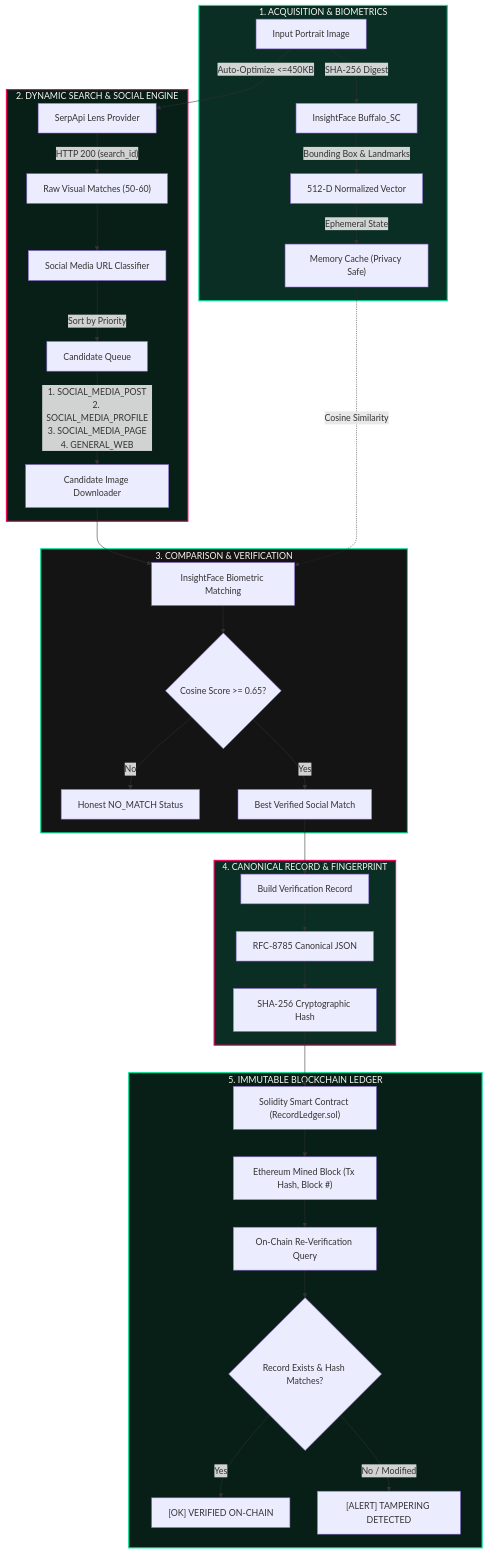
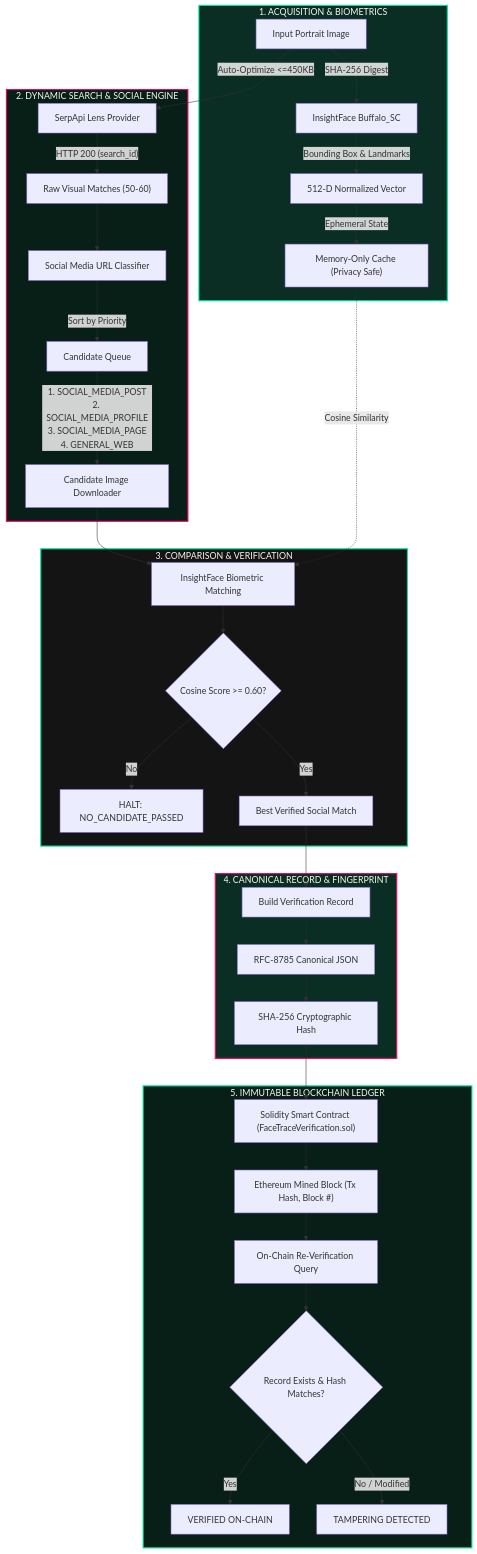
The diagram in README.md (UltraV1be/FaceTrace-Ledger), drawn with Mermaid before and after one commit. The commit also changed other lines of this file, not shown here.

Commit message:
docs: update README with overhauled architecture, 7-stage pipeline details, and refined security specifications

````diff
--- a/README.md
+++ b/README.md
@@ -68,45 +75,45 @@
 ```mermaid
 flowchart TD
     subgraph S1["1. ACQUISITION & BIOMETRICS"]
         A["Input Portrait Image"] -->|"SHA-256 Digest"| B["InsightFace Buffalo_SC"]
         B -->|"Bounding Box & Landmarks"| C["512-D Normalized Vector"]
-        C -->|"Ephemeral State"| D["Memory Cache (Privacy Safe)"]
+        C -->|"Ephemeral State"| D["Memory-Only Cache (Privacy Safe)"]
     end
 
     subgraph S2["2. DYNAMIC SEARCH & SOCIAL ENGINE"]
         A -->|"Auto-Optimize <=450KB"| E["SerpApi Lens Provider"]
         E -->|"HTTP 200 (search_id)"| F["Raw Visual Matches (50-60)"]
         F --> G["Social Media URL Classifier"]
         G -->|"Sort by Priority"| H["Candidate Queue"]
         H -->|"1. SOCIAL_MEDIA_POST\n2. SOCIAL_MEDIA_PROFILE\n3. SOCIAL_MEDIA_PAGE\n4. GENERAL_WEB"| I["Candidate Image Downloader"]
     end
 
     subgraph S3["3. COMPARISON & VERIFICATION"]
         I --> J["InsightFace Biometric Matching"]
         D -.->|"Cosine Similarity"| J
-        J --> K{"Cosine Score >= 0.65?"}
-        K -->|"No"| L["Honest NO_MATCH Status"]
+        J --> K{"Cosine Score >= 0.60?"}
+        K -->|"No"| L["HALT: NO_CANDIDATE_PASSED"]
         K -->|"Yes"| M["Best Verified Social Match"]
     end
 
     subgraph S4["4. CANONICAL RECORD & FINGERPRINT"]
         M --> N["Build Verification Record"]
         N --> O["RFC-8785 Canonical JSON"]
         O --> P["SHA-256 Cryptographic Hash"]
     end
 
     subgraph S5["5. IMMUTABLE BLOCKCHAIN LEDGER"]
-        P --> Q["Solidity Smart Contract (RecordLedger.sol)"]
+        P --> Q["Solidity Smart Contract (FaceTraceVerification.sol)"]
         Q --> R["Ethereum Mined Block (Tx Hash, Block #)"]
         R --> S["On-Chain Re-Verification Query"]
         S --> T{"Record Exists & Hash Matches?"}
-        T -->|"Yes"| U["[OK] VERIFIED ON-CHAIN"]
-        T -->|"No / Modified"| V["[ALERT] TAMPERING DETECTED"]
+        T -->|"Yes"| U["VERIFIED ON-CHAIN"]
+        T -->|"No / Modified"| V["TAMPERING DETECTED"]
     end
 
     style S1 fill:#0A2E23,stroke:#00E599,stroke-width:2px,color:#FAF7F0
     style S2 fill:#071F17,stroke:#F50064,stroke-width:2px,color:#FAF7F0
     style S3 fill:#141414,stroke:#00E599,stroke-width:2px,color:#FAF7F0
     style S4 fill:#0A2E23,stroke:#F50064,stroke-width:2px,color:#FAF7F0
     style S5 fill:#071F17,stroke:#00E599,stroke-width:2px,color:#FAF7F0
 ```
````
